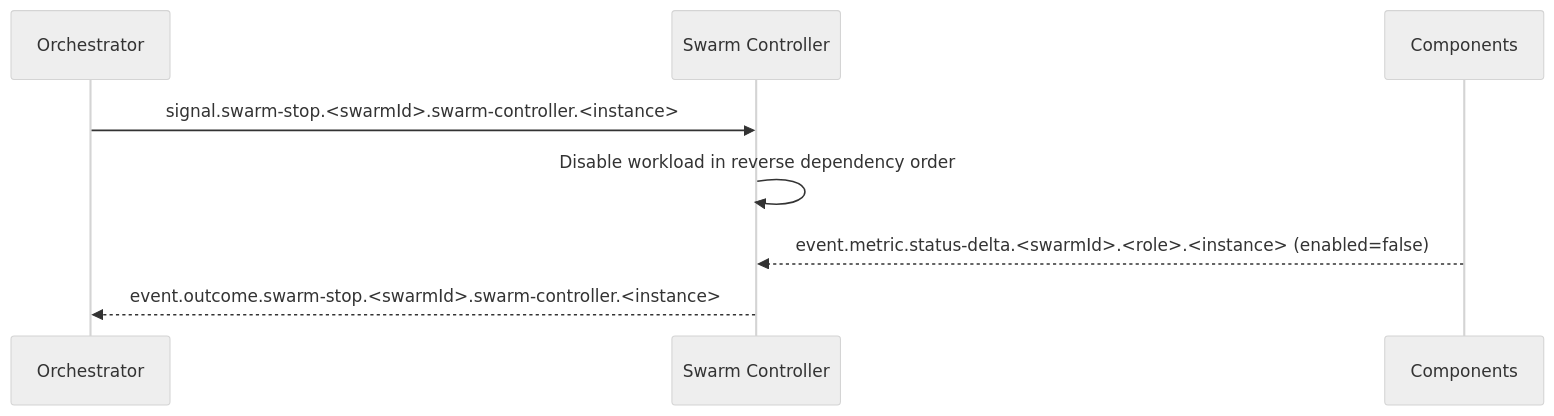
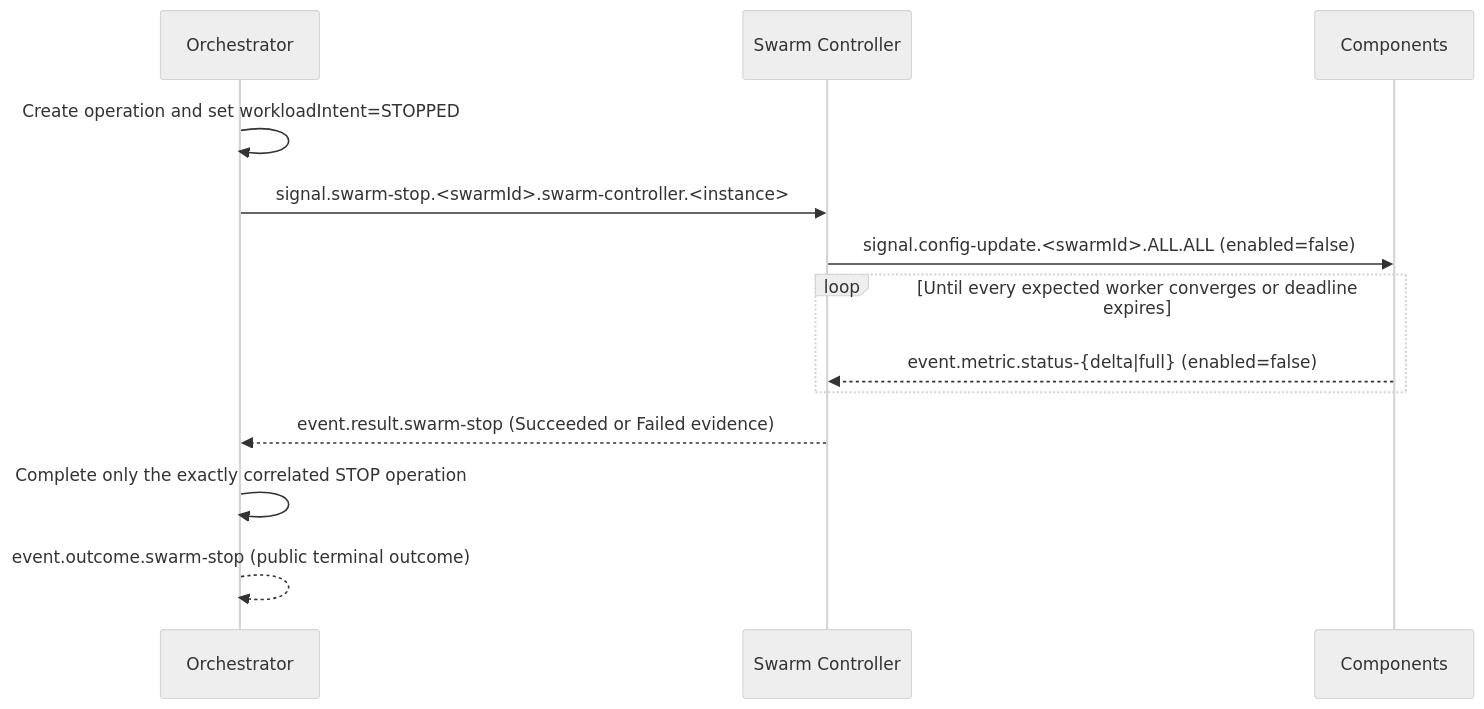
The fourth of 6 diagrams in docs/ARCHITECTURE.md (sepa79/PocketHive), drawn with Mermaid (neutral theme) before and after one commit. The commit also changed other lines of this file and 210 other files, not shown here.

````diff
--- a/docs/ARCHITECTURE.md
+++ b/docs/ARCHITECTURE.md
@@ -613,11 +663,16 @@
 ```mermaid
 sequenceDiagram
   participant QN as Orchestrator
   participant MSH as Swarm Controller
   participant CMP as Components
 
+  QN->>QN: Create operation and set workloadIntent=STOPPED
   QN->>MSH: signal.swarm-stop.<swarmId>.swarm-controller.<instance>
-  MSH->>MSH: Disable workload in reverse dependency order
-  CMP-->>MSH: event.metric.status-delta.<swarmId>.<role>.<instance> (enabled=false)
-  MSH-->>QN: event.outcome.swarm-stop.<swarmId>.swarm-controller.<instance>
+  MSH->>CMP: signal.config-update.<swarmId>.ALL.ALL (enabled=false)
+  loop Until every expected worker converges or deadline expires
+    CMP-->>MSH: event.metric.status-{delta|full} (enabled=false)
+  end
+  MSH-->>QN: event.result.swarm-stop (Succeeded or Failed evidence)
+  QN->>QN: Complete only the exactly correlated STOP operation
+  QN-->>QN: event.outcome.swarm-stop (public terminal outcome)
 ```
````
